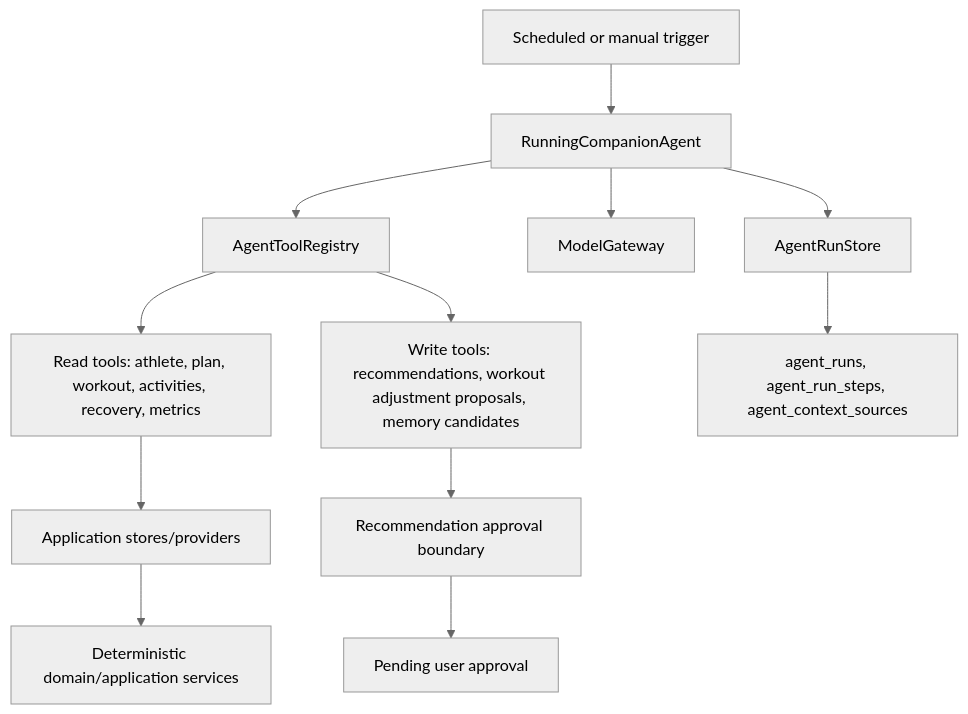
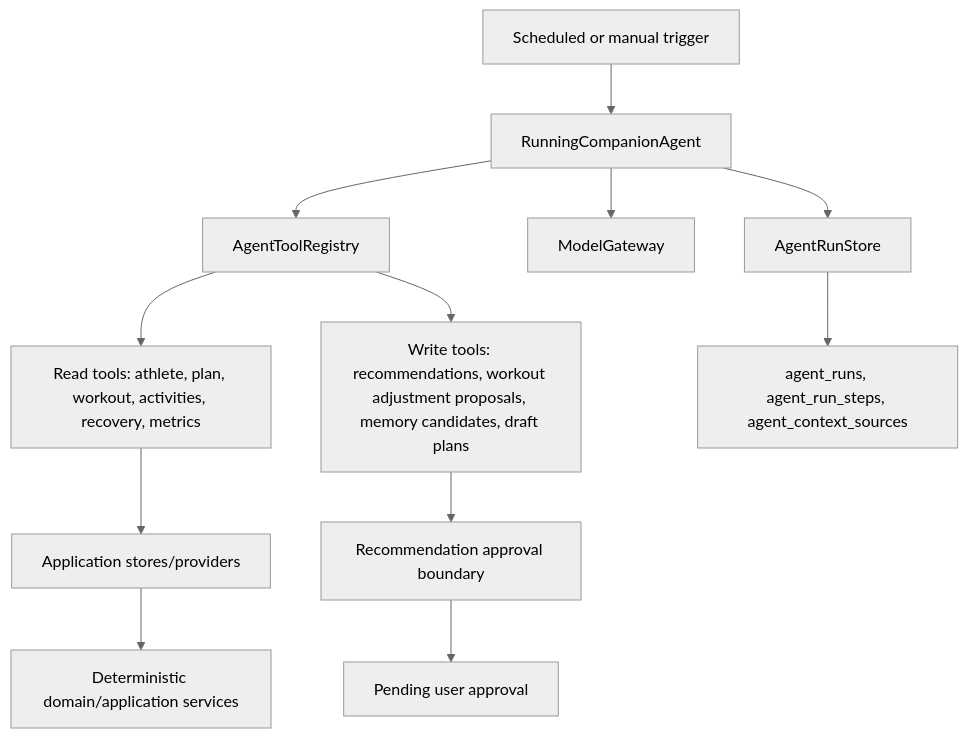
One commit to samfang9527/Johnny changed the diagram in docs/agent_runtime_tools.md. Above: the diagram before and after it, drawn with Mermaid (neutral theme). The commit also changed other lines of this file and 60 other files, not shown here.

Commit message:
feat: implement-async-agent-flows

````diff
--- a/docs/agent_runtime_tools.md
+++ b/docs/agent_runtime_tools.md
@@ -5,14 +5,14 @@
 ```mermaid
 flowchart TD
     Trigger["Scheduled or manual trigger"] --> Agent["RunningCompanionAgent"]
     Agent --> RunStore["AgentRunStore"]
     Agent --> Gateway["ModelGateway"]
     Agent --> Registry["AgentToolRegistry"]
     Registry --> ReadTools["Read tools: athlete, plan, workout, activities, recovery, metrics"]
-    Registry --> WriteTools["Write tools: recommendations, workout adjustment proposals, memory candidates"]
+    Registry --> WriteTools["Write tools: recommendations, workout adjustment proposals, memory candidates, draft plans"]
     ReadTools --> Stores["Application stores/providers"]
     Stores --> Domain["Deterministic domain/application services"]
     WriteTools --> Approval["Recommendation approval boundary"]
     RunStore --> Observability["agent_runs, agent_run_steps, agent_context_sources"]
     Approval --> Pending["Pending user approval"]
 ```
````
